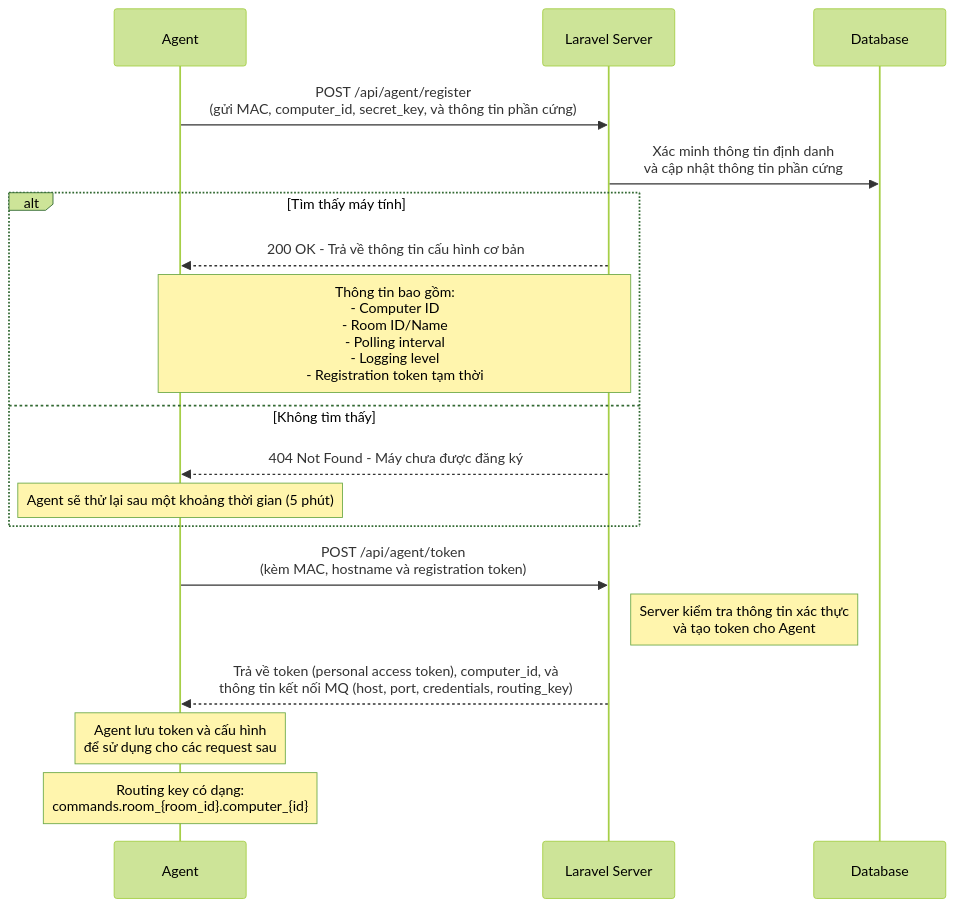
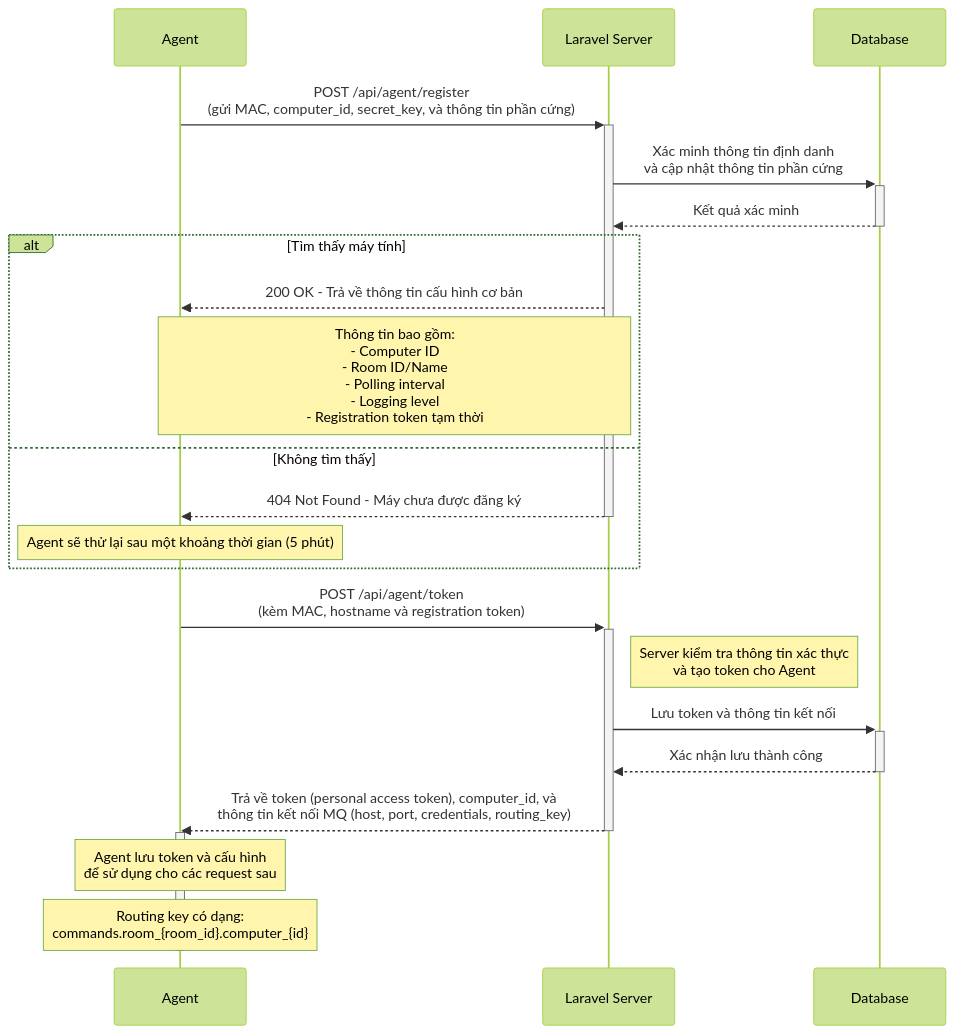
The second of 5 diagrams in README.md (yamada5131/unilab), drawn with Mermaid (forest theme) before and after one commit. The commit also changed other lines of this file, not shown here.

Commit message:
feat: 🎸 Update sequence diagrams in README for improved clarity on Agent setup, registration, heartbeat mechanism, command execution, and result retrieval

````diff
--- a/README.md
+++ b/README.md
@@ -233,22 +241,27 @@
 ```mermaid
 sequenceDiagram
     participant A as Agent
     participant S as Laravel Server
     participant DB as Database
 
-    A->>S: POST /api/agent/register<br>(gửi MAC, computer_id, secret_key, và thông tin phần cứng)
-    S->>DB: Xác minh thông tin định danh<br>và cập nhật thông tin phần cứng
+    A->>+S: POST /api/agent/register<br>(gửi MAC, computer_id, secret_key, và thông tin phần cứng)
+    S->>+DB: Xác minh thông tin định danh<br>và cập nhật thông tin phần cứng
+    DB-->>-S: Kết quả xác minh
     alt Tìm thấy máy tính
         S-->>A: 200 OK - Trả về thông tin cấu hình cơ bản
         Note over S,A: Thông tin bao gồm:<br>- Computer ID<br>- Room ID/Name<br>- Polling interval<br>- Logging level<br>- Registration token tạm thời
     else Không tìm thấy
-        S-->>A: 404 Not Found - Máy chưa được đăng ký
+        S-->>-A: 404 Not Found - Máy chưa được đăng ký
         Note over A: Agent sẽ thử lại sau một khoảng thời gian (5 phút)
     end
     
-    A->>S: POST /api/agent/token<br>(kèm MAC, hostname và registration token)
+    A->>+S: POST /api/agent/token<br>(kèm MAC, hostname và registration token)
     Note right of S: Server kiểm tra thông tin xác thực<br>và tạo token cho Agent
-    S-->>A: Trả về token (personal access token), computer_id, và<br>thông tin kết nối MQ (host, port, credentials, routing_key)
+    S->>+DB: Lưu token và thông tin kết nối
+    DB-->>-S: Xác nhận lưu thành công
+    S-->>-A: Trả về token (personal access token), computer_id, và<br>thông tin kết nối MQ (host, port, credentials, routing_key)
+    activate A
     Note over A: Agent lưu token và cấu hình<br>để sử dụng cho các request sau
     Note over A: Routing key có dạng:<br>commands.room_{room_id}.computer_{id}
+    deactivate A
 ```
````
